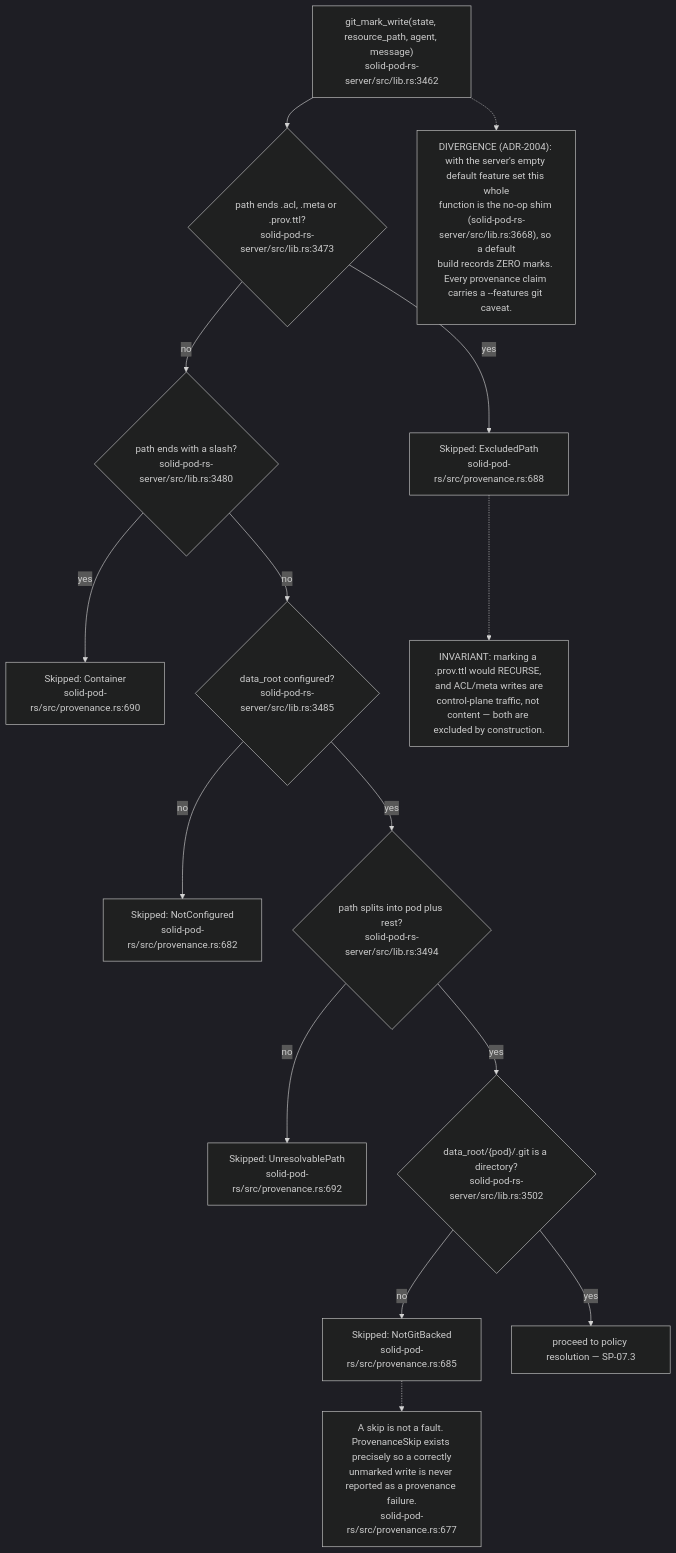
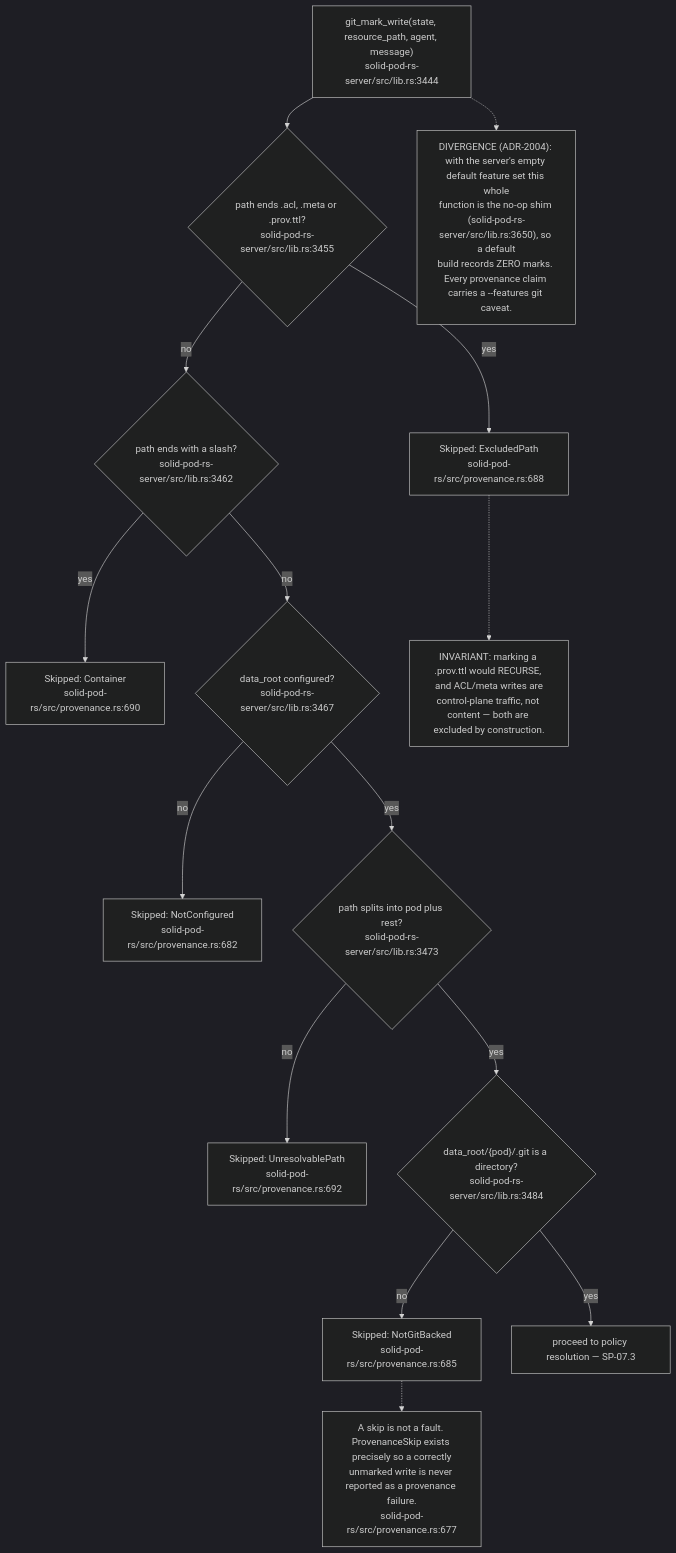
One commit to DreamLab-AI/VisionFlow changed the second of 17 diagrams in docs/diagrams/solid-pod-rs/07-provenance-and-payments.md. Above: the diagram before and after it, drawn with Mermaid (dark theme). The commit also changed other lines of this file and 111 other files, not shown here.

Commit message:
docs(diagrams): align estate maps with current source

````diff
--- a/docs/diagrams/solid-pod-rs/07-provenance-and-payments.md
+++ b/docs/diagrams/solid-pod-rs/07-provenance-and-payments.md
@@ -48,34 +48,34 @@
 ```mermaid
 flowchart TD
-    IN["git_mark_write(state, resource_path, agent, message)<br/>solid-pod-rs-server/src/lib.rs:3462"]
-    SIDE{"path ends .acl, .meta or .prov.ttl?<br/>solid-pod-rs-server/src/lib.rs:3473"}
+    IN["git_mark_write(state, resource_path, agent, message)<br/>solid-pod-rs-server/src/lib.rs:3444"]
+    SIDE{"path ends .acl, .meta or .prov.ttl?<br/>solid-pod-rs-server/src/lib.rs:3455"}
     S1["Skipped: ExcludedPath<br/>solid-pod-rs/src/provenance.rs:688"]
-    CONT{"path ends with a slash?<br/>solid-pod-rs-server/src/lib.rs:3480"}
+    CONT{"path ends with a slash?<br/>solid-pod-rs-server/src/lib.rs:3462"}
     S2["Skipped: Container<br/>solid-pod-rs/src/provenance.rs:690"]
-    ROOT{"data_root configured?<br/>solid-pod-rs-server/src/lib.rs:3485"}
+    ROOT{"data_root configured?<br/>solid-pod-rs-server/src/lib.rs:3467"}
     S3["Skipped: NotConfigured<br/>solid-pod-rs/src/provenance.rs:682"]
-    SPLIT{"path splits into pod plus rest?<br/>solid-pod-rs-server/src/lib.rs:3494"}
+    SPLIT{"path splits into pod plus rest?<br/>solid-pod-rs-server/src/lib.rs:3473"}
     S4["Skipped: UnresolvablePath<br/>solid-pod-rs/src/provenance.rs:692"]
-    GITD{"data_root/{pod}/.git is a directory?<br/>solid-pod-rs-server/src/lib.rs:3502"}
+    GITD{"data_root/{pod}/.git is a directory?<br/>solid-pod-rs-server/src/lib.rs:3484"}
     S5["Skipped: NotGitBacked<br/>solid-pod-rs/src/provenance.rs:685"]
     GO["proceed to policy resolution — SP-07.3"]
 
     IN --> SIDE
     SIDE -- yes --> S1
     SIDE -- no --> CONT
     CONT -- yes --> S2
     CONT -- no --> ROOT
     ROOT -- no --> S3
     ROOT -- yes --> SPLIT
     SPLIT -- no --> S4
     SPLIT -- yes --> GITD
     GITD -- no --> S5
     GITD -- yes --> GO
 
     N["INVARIANT: marking a .prov.ttl would RECURSE, and ACL/meta writes are<br/>control-plane traffic, not content — both are excluded by construction."]
     S1 -.-> N
     N2["A skip is not a fault. ProvenanceSkip exists precisely so a correctly<br/>unmarked write is never reported as a provenance failure.<br/>solid-pod-rs/src/provenance.rs:677"]
     S5 -.-> N2
-    N3["DIVERGENCE (ADR-2004): with the server's empty default feature set this whole<br/>function is the no-op shim (solid-pod-rs-server/src/lib.rs:3668), so a default<br/>build records ZERO marks. Every provenance claim carries a --features git caveat."]
+    N3["DIVERGENCE (ADR-2004): with the server's empty default feature set this whole<br/>function is the no-op shim (solid-pod-rs-server/src/lib.rs:3650), so a default<br/>build records ZERO marks. Every provenance claim carries a --features git caveat."]
     IN -.-> N3
 ```
````
